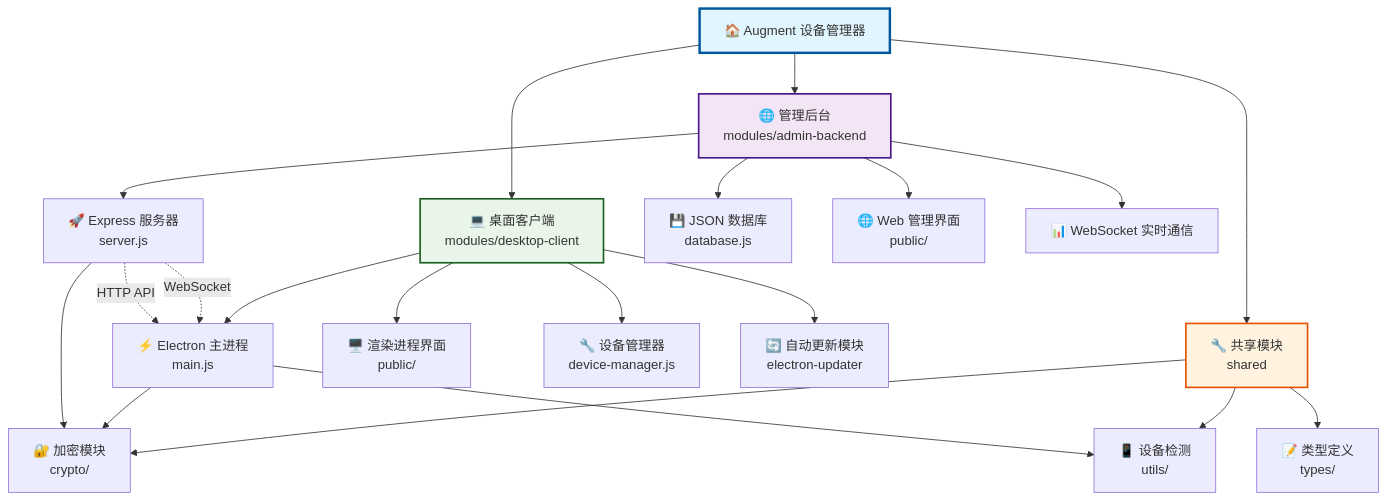
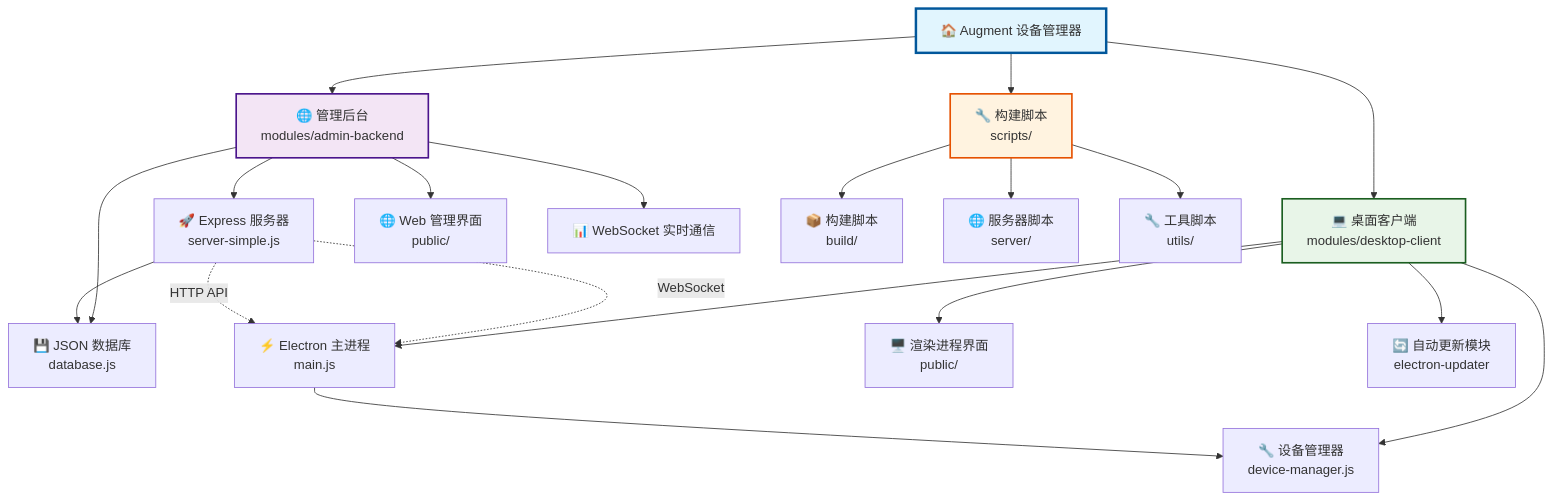
Before and after one commit to Huo-zai-feng-lang-li/augment-device-manager: the third of 5 diagrams in README.md, drawn with Mermaid. The commit also changed other lines of this file and 107 other files, not shown here.

````diff
--- a/README.md
+++ b/README.md
@@ -65,31 +204,30 @@
 ```mermaid
 graph TD
     A[🏠 Augment 设备管理器] --> B[🌐 管理后台<br/>modules/admin-backend]
     A --> C[💻 桌面客户端<br/>modules/desktop-client]
-    A --> D[🔧 共享模块<br/>shared]
+    A --> D[🔧 构建脚本<br/>scripts/]
 
-    B --> B1[🚀 Express 服务器<br/>server.js]
+    B --> B1[🚀 Express 服务器<br/>server-simple.js]
     B --> B2[💾 JSON 数据库<br/>database.js]
     B --> B3[🌐 Web 管理界面<br/>public/]
     B --> B4[📊 WebSocket 实时通信]
 
     C --> C1[⚡ Electron 主进程<br/>main.js]
     C --> C2[🖥️ 渲染进程界面<br/>public/]
     C --> C3[🔧 设备管理器<br/>device-manager.js]
     C --> C4[🔄 自动更新模块<br/>electron-updater]
 
-    D --> D1[🔐 加密模块<br/>crypto/]
-    D --> D2[📱 设备检测<br/>utils/]
-    D --> D3[📝 类型定义<br/>types/]
+    D --> D1[📦 构建脚本<br/>build/]
+    D --> D2[🌐 服务器脚本<br/>server/]
+    D --> D3[🔧 工具脚本<br/>utils/]
 
     B1 -.->|WebSocket| C1
     B1 -.->|HTTP API| C1
-    C1 --> D1
-    C1 --> D2
-    B1 --> D1
+    C1 --> C3
+    B1 --> B2
 
     style A fill:#e1f5fe,stroke:#01579b,stroke-width:3px
     style B fill:#f3e5f5,stroke:#4a148c,stroke-width:2px
     style C fill:#e8f5e8,stroke:#1b5e20,stroke-width:2px
     style D fill:#fff3e0,stroke:#e65100,stroke-width:2px
 ```
````
